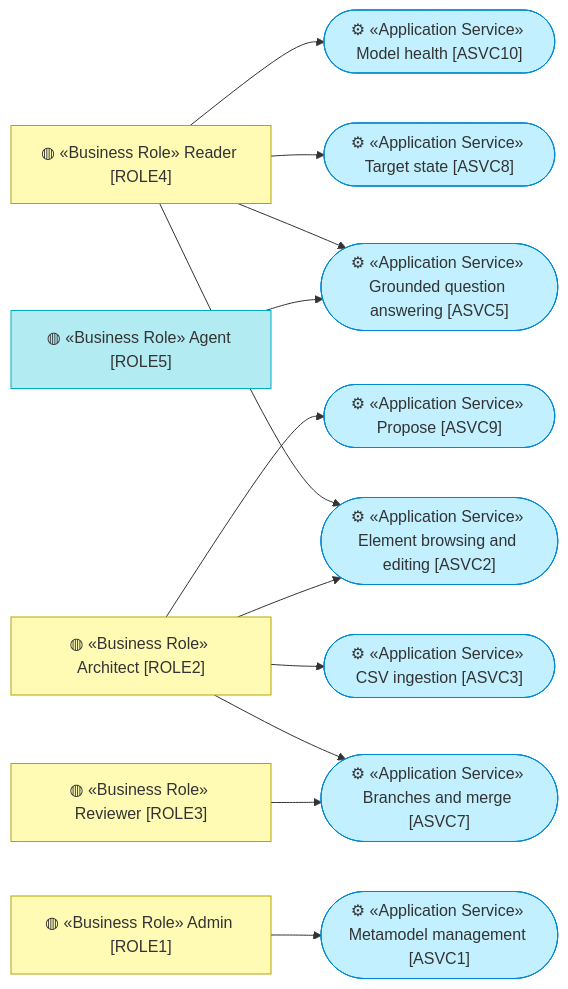
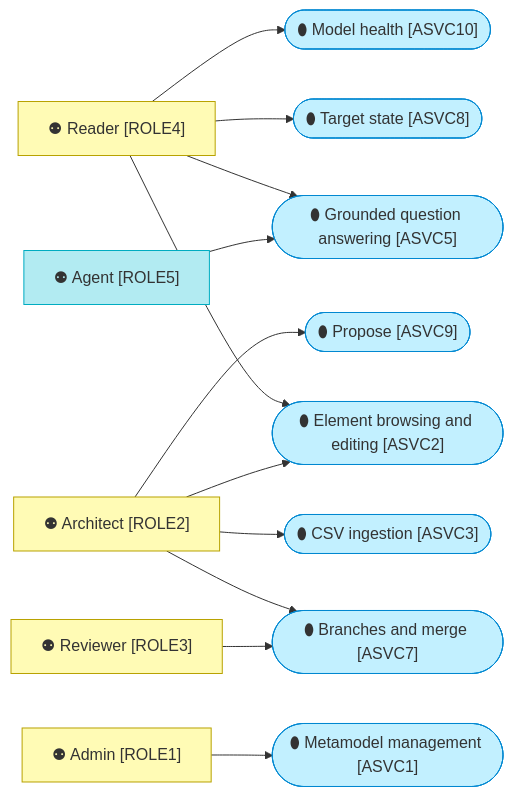
The second of 4 diagrams in architecture/4_application/1_application-services.md (bocanegratqut/dbx-enterprise-architecture), drawn with Mermaid before and after one commit. The commit also changed other lines of this file and 25 other files, not shown here.

````diff
--- a/architecture/4_application/1_application-services.md
+++ b/architecture/4_application/1_application-services.md
@@ -11,31 +24,31 @@
 ```mermaid
 flowchart LR
-  reader["◍ «Business Role» Reader [ROLE4]"]:::business
-  arch["◍ «Business Role» Architect [ROLE2]"]:::business
-  rev["◍ «Business Role» Reviewer [ROLE3]"]:::business
-  admin["◍ «Business Role» Admin [ROLE1]"]:::business
-  agent["◍ «Business Role» Agent [ROLE5]"]:::ai
-  s1(["⚙ «Application Service» Metamodel management [ASVC1]"]):::application
-  s2(["⚙ «Application Service» Element browsing and editing [ASVC2]"]):::application
-  s3(["⚙ «Application Service» CSV ingestion [ASVC3]"]):::application
-  s5(["⚙ «Application Service» Grounded question answering [ASVC5]"]):::application
-  s7(["⚙ «Application Service» Branches and merge [ASVC7]"]):::application
-  s8(["⚙ «Application Service» Target state [ASVC8]"]):::application
-  s9(["⚙ «Application Service» Propose [ASVC9]"]):::application
-  s10(["⚙ «Application Service» Model health [ASVC10]"]):::application
+  reader["⚉ Reader [ROLE4]"]:::business
+  arch["⚉ Architect [ROLE2]"]:::business
+  rev["⚉ Reviewer [ROLE3]"]:::business
+  admin["⚉ Admin [ROLE1]"]:::business
+  agent["⚉ Agent [ROLE5]"]:::ai
+  s1(["⬮ Metamodel management [ASVC1]"]):::application
+  s2(["⬮ Element browsing and editing [ASVC2]"]):::application
+  s3(["⬮ CSV ingestion [ASVC3]"]):::application
+  s5(["⬮ Grounded question answering [ASVC5]"]):::application
+  s7(["⬮ Branches and merge [ASVC7]"]):::application
+  s8(["⬮ Target state [ASVC8]"]):::application
+  s9(["⬮ Propose [ASVC9]"]):::application
+  s10(["⬮ Model health [ASVC10]"]):::application
   reader --> s2
   reader --> s5
   reader --> s8
   reader --> s10
   arch --> s2
   arch --> s3
   arch --> s7
   arch --> s9
   rev --> s7
   admin --> s1
   agent --> s5
 
   classDef business fill:#fffbb5,stroke:#b8a200,color:#333
   classDef application fill:#c2f0ff,stroke:#0288d1,color:#333
   classDef ai fill:#b2ebf2,stroke:#00acc1,color:#333
 ```
````
